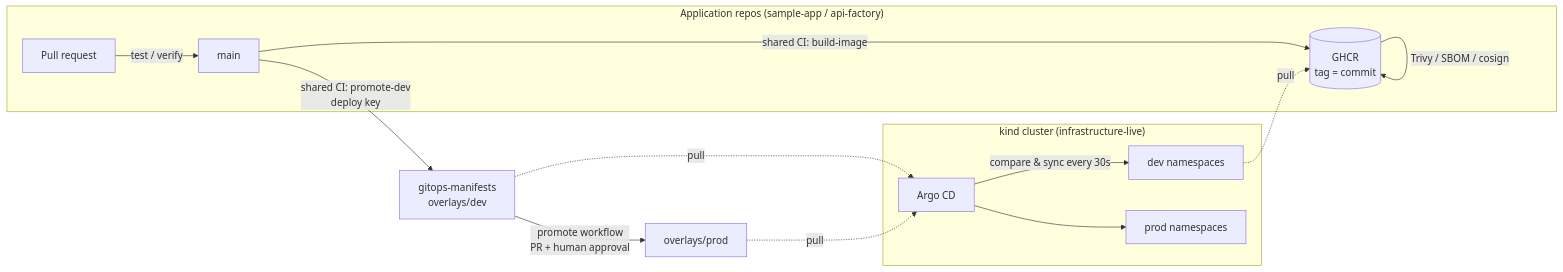
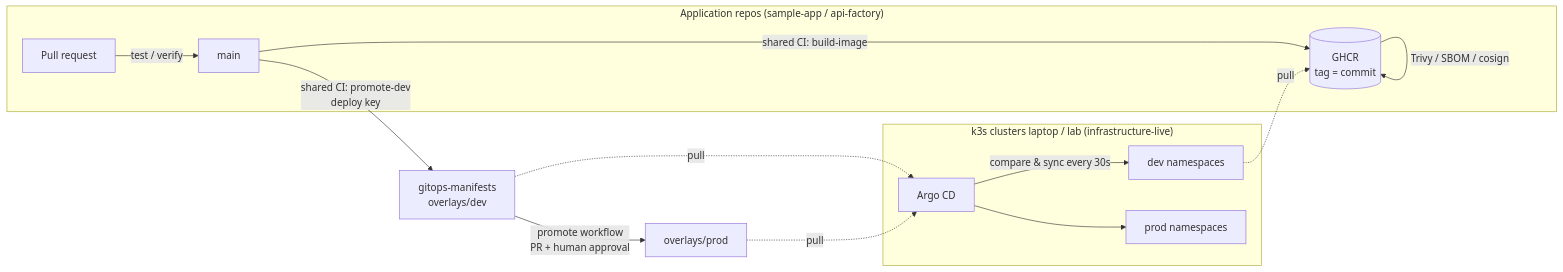
The diagram in README.md (MIERAI/gitops-platform-blueprint), drawn with Mermaid before and after one commit. The commit also changed other lines of this file and 2 other files, not shown here.

First line of the commit message:
docs: point to slo-platform as the hub; drop stale kind/GKE status (#20)

````diff
--- a/README.md
+++ b/README.md
@@ -9,17 +16,17 @@
 ```mermaid
 graph LR
     subgraph app["Application repos (sample-app / api-factory)"]
         PR[Pull request] -->|test / verify| Main[main]
         Main -->|shared CI: build-image| Img[(GHCR<br/>tag = commit)]
         Img -->|Trivy / SBOM / cosign| Img
     end
     Main -->|shared CI: promote-dev<br/>deploy key| Dev[gitops-manifests<br/>overlays/dev]
     Dev -->|promote workflow<br/>PR + human approval| Prod[overlays/prod]
-    subgraph cluster["kind cluster (infrastructure-live)"]
+    subgraph cluster["k3s clusters laptop / lab (infrastructure-live)"]
         Argo[Argo CD] -->|compare & sync every 30s| NS1[dev namespaces]
         Argo --> NS2[prod namespaces]
     end
     Dev -.->|pull| Argo
     Prod -.->|pull| Argo
     NS1 -.->|pull| Img
 ```
````
